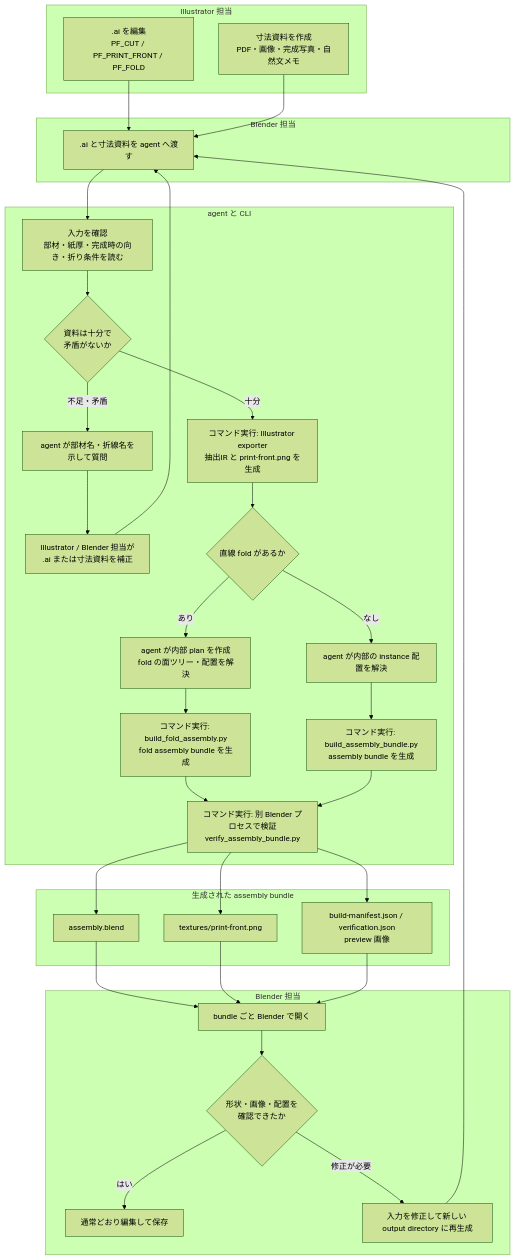
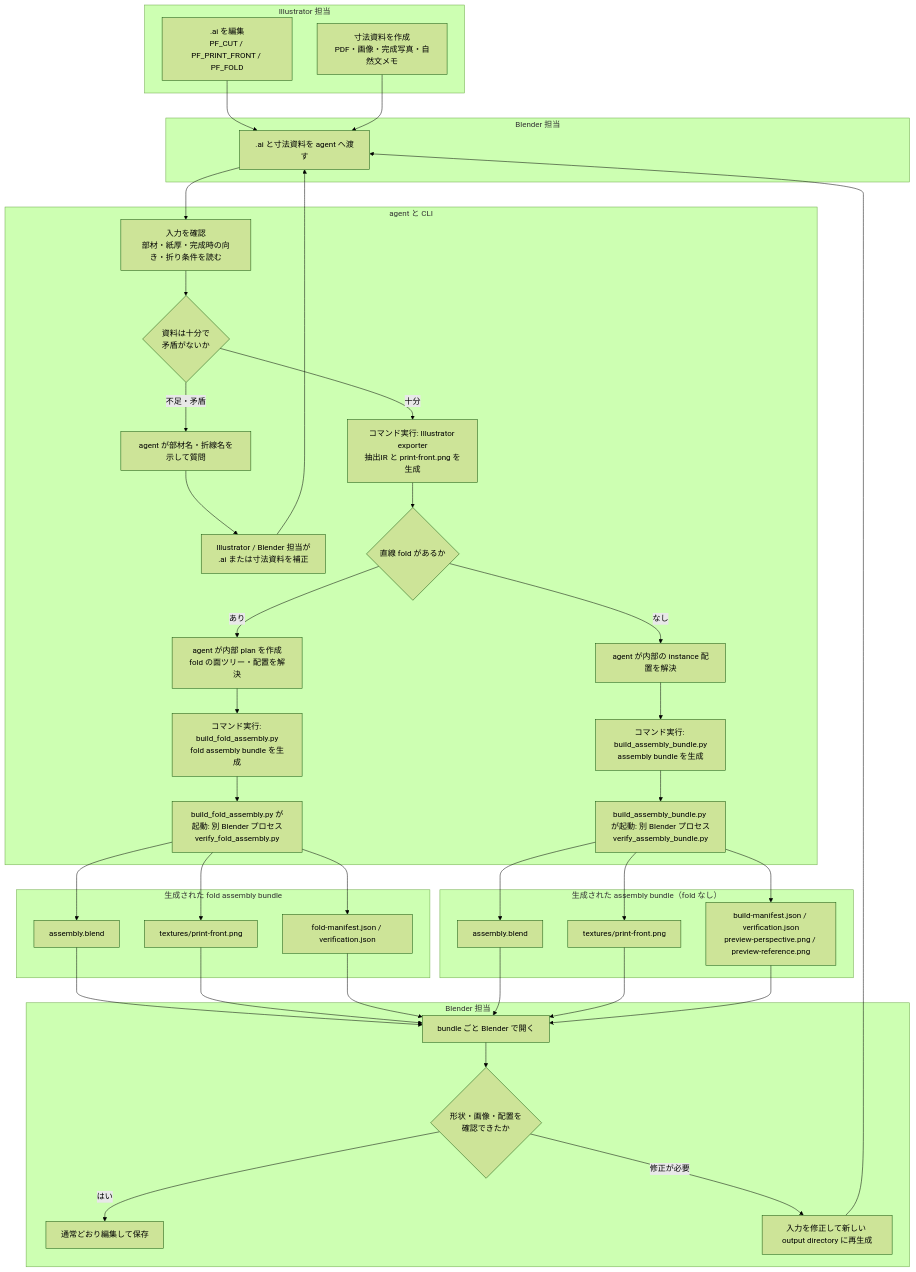
The diagram in docs/onboarding-workflow.md (yumehiko/paper-fixture), drawn with Mermaid (forest theme) before and after one commit. The commit also changed other lines of this file, not shown here.

Commit message:
docs: correct fold workflow validation

````diff
--- a/docs/onboarding-workflow.md
+++ b/docs/onboarding-workflow.md
@@ -5,54 +5,67 @@
 ```mermaid
 flowchart TD
     subgraph illustrator[Illustrator 担当]
         A[".ai を編集<br/>PF_CUT / PF_PRINT_FRONT / PF_FOLD"]
         B["寸法資料を作成<br/>PDF・画像・完成写真・自然文メモ"]
     end
 
     subgraph handoff[Blender 担当]
         C[".ai と寸法資料を agent へ渡す"]
     end
 
     subgraph agent[agent と CLI]
         D["入力を確認<br/>部材・紙厚・完成時の向き・折り条件を読む"]
         E{"資料は十分で<br/>矛盾がないか"}
         Q["agent が部材名・折線名を示して質問"]
         X["Illustrator / Blender 担当が<br/>.ai または寸法資料を補正"]
         F["コマンド実行: Illustrator exporter<br/>抽出IR と print-front.png を生成"]
         G{"直線 fold があるか"}
         H["agent が内部 plan を作成<br/>fold の面ツリー・配置を解決"]
         I["コマンド実行: build_fold_assembly.py<br/>fold assembly bundle を生成"]
+        V["build_fold_assembly.py が起動: 別 Blender プロセス<br/>verify_fold_assembly.py"]
         J["agent が内部の instance 配置を解決"]
         K["コマンド実行: build_assembly_bundle.py<br/>assembly bundle を生成"]
-        L["コマンド実行: 別 Blender プロセスで検証<br/>verify_assembly_bundle.py"]
+        W["build_assembly_bundle.py が起動: 別 Blender プロセス<br/>verify_assembly_bundle.py"]
     end
 
-    subgraph bundle[生成された assembly bundle]
-        M["assembly.blend"]
-        N["textures/print-front.png"]
-        O["build-manifest.json / verification.json<br/>preview 画像"]
+    subgraph foldbundle[生成された fold assembly bundle]
+        MF["assembly.blend"]
+        NF["textures/print-front.png"]
+        OF["fold-manifest.json / verification.json"]
+    end
+
+    subgraph flatbundle[生成された assembly bundle（fold なし）]
+        MA["assembly.blend"]
+        NA["textures/print-front.png"]
+        OA["build-manifest.json / verification.json<br/>preview-perspective.png / preview-reference.png"]
     end
 
     subgraph blender[Blender 担当]
         P["bundle ごと Blender で開く"]
         R{"形状・画像・配置を<br/>確認できたか"}
         S["通常どおり編集して保存"]
         T["入力を修正して新しい output directory に再生成"]
     end
 
     A --> C
     B --> C
     C --> D --> E
     E -- "不足・矛盾" --> Q --> X --> C
     E -- "十分" --> F --> G
-    G -- "あり" --> H --> I --> L
-    G -- "なし" --> J --> K --> L
-    L --> M
-    L --> N
-    L --> O
-    M --> P
-    N --> P
-    O --> P --> R
+    G -- "あり" --> H --> I --> V
+    G -- "なし" --> J --> K --> W
+    V --> MF
+    V --> NF
+    V --> OF
+    W --> MA
+    W --> NA
+    W --> OA
+    MF --> P
+    NF --> P
+    OF --> P
+    MA --> P
+    NA --> P
+    OA --> P --> R
     R -- "はい" --> S
     R -- "修正が必要" --> T --> C
 ```
````
